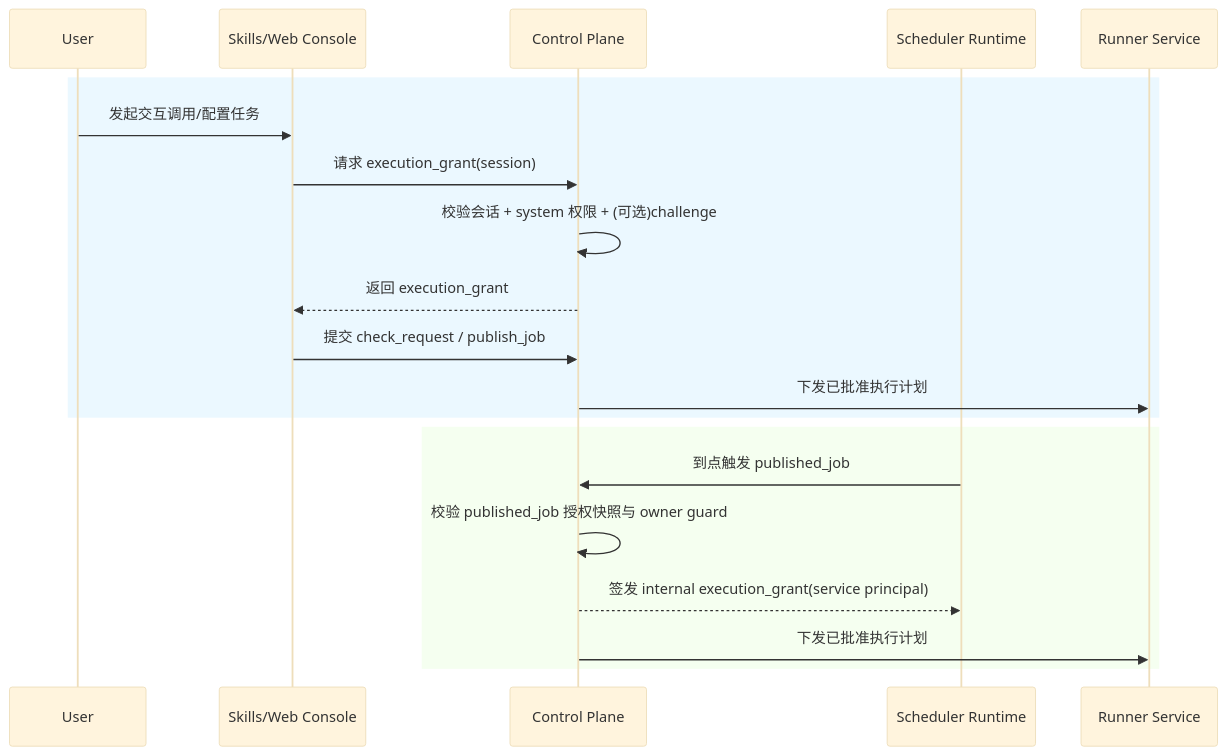
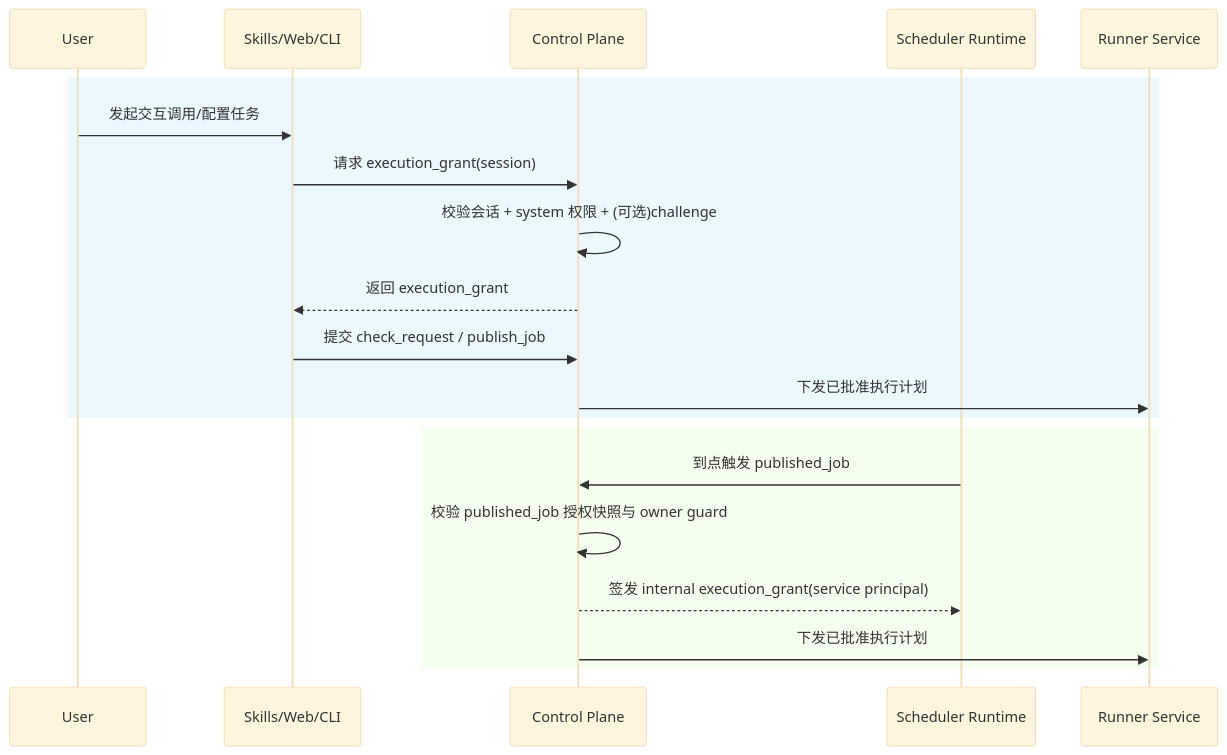
Before and after one commit to tinkermend/Runlet: the diagram in docs/superpowers/specs/2026-04-04-skills-auth-governance-design.md, drawn with Mermaid (base theme). The commit also changed other lines of this file and 1 other file, not shown here.

Commit message:
docs: restrict manual crawl trigger to web and cli channels

````diff
--- a/docs/superpowers/specs/2026-04-04-skills-auth-governance-design.md
+++ b/docs/superpowers/specs/2026-04-04-skills-auth-governance-design.md
@@ -163,24 +174,24 @@
 ```mermaid
 sequenceDiagram
     participant U as User
-    participant S as Skills/Web Console
+    participant S as Skills/Web/CLI
     participant CP as Control Plane
     participant SCH as Scheduler Runtime
     participant R as Runner Service
 
     rect rgb(235, 248, 255)
         U->>S: 发起交互调用/配置任务
         S->>CP: 请求 execution_grant(session)
         CP->>CP: 校验会话 + system 权限 + (可选)challenge
         CP-->>S: 返回 execution_grant
         S->>CP: 提交 check_request / publish_job
         CP->>R: 下发已批准执行计划
     end
 
     rect rgb(245, 255, 240)
         SCH->>CP: 到点触发 published_job
         CP->>CP: 校验 published_job 授权快照与 owner guard
         CP-->>SCH: 签发 internal execution_grant(service principal)
         CP->>R: 下发已批准执行计划
     end
 ```
````
